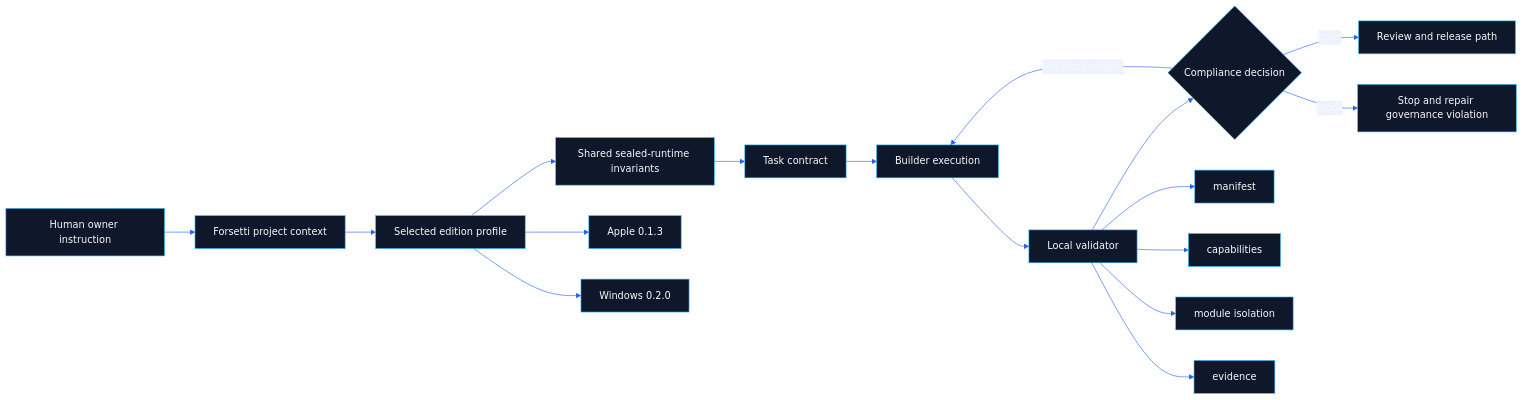
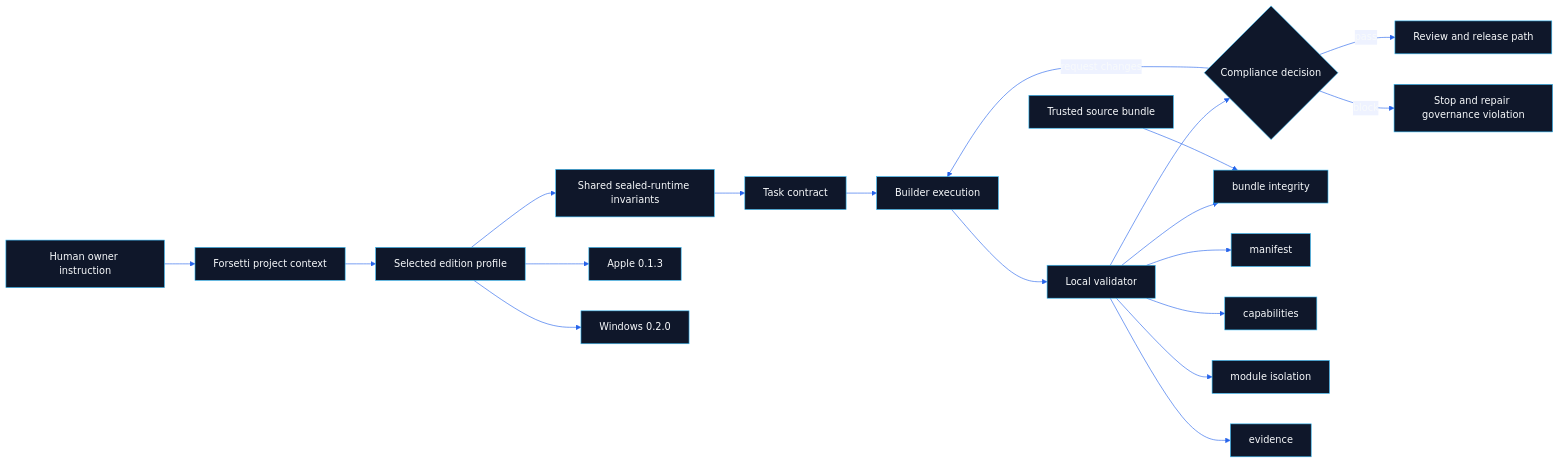
Before and after one commit to flynn33/forsetti-agentic-edition: the diagram in wiki/Home.md, drawn with Mermaid. The commit also changed other lines of this file and 7 other files, not shown here.

````diff
--- a/wiki/Home.md
+++ b/wiki/Home.md
@@ -27,21 +27,23 @@
 ```mermaid
 %%{init: {"theme":"base","themeVariables":{"primaryColor":"#0f172a","primaryTextColor":"#f8fafc","primaryBorderColor":"#38bdf8","lineColor":"#2563eb","secondaryColor":"#eef2ff","secondaryTextColor":"#111827","tertiaryColor":"#ecfeff"}}}%%
 flowchart LR
     A["Human owner instruction"] --> B["Forsetti project context"]
     B --> C["Selected edition profile"]
     C --> D["Shared sealed-runtime invariants"]
     D --> E["Task contract"]
     E --> F["Builder execution"]
     F --> G["Local validator"]
     G --> H{"Compliance decision"}
     H -->|pass| I["Review and release path"]
     H -->|request changes| F
     H -->|block| J["Stop and repair governance violation"]
 
     C --> C1["Apple 0.1.3"]
     C --> C2["Windows 0.2.0"]
+    G --> G0["bundle integrity"]
     G --> G1["manifest"]
     G --> G2["capabilities"]
     G --> G3["module isolation"]
     G --> G4["evidence"]
+    K["Trusted source bundle"] --> G0
 ```
````
